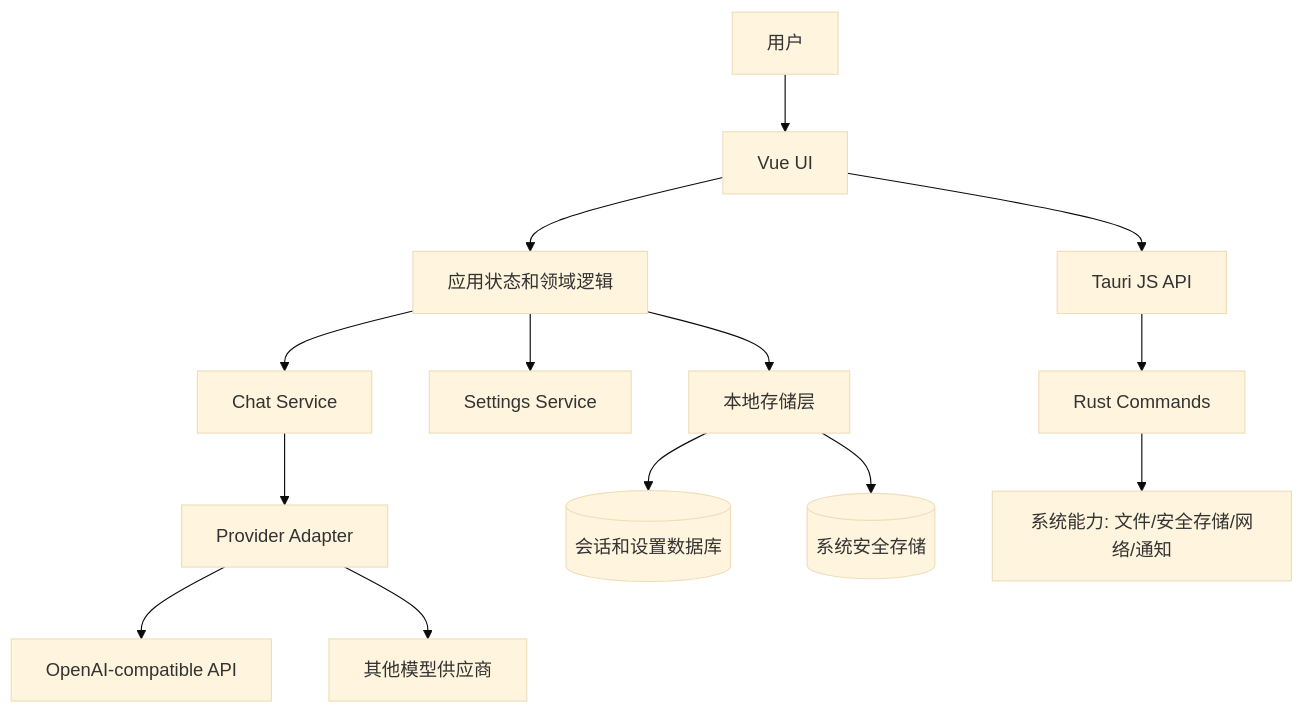
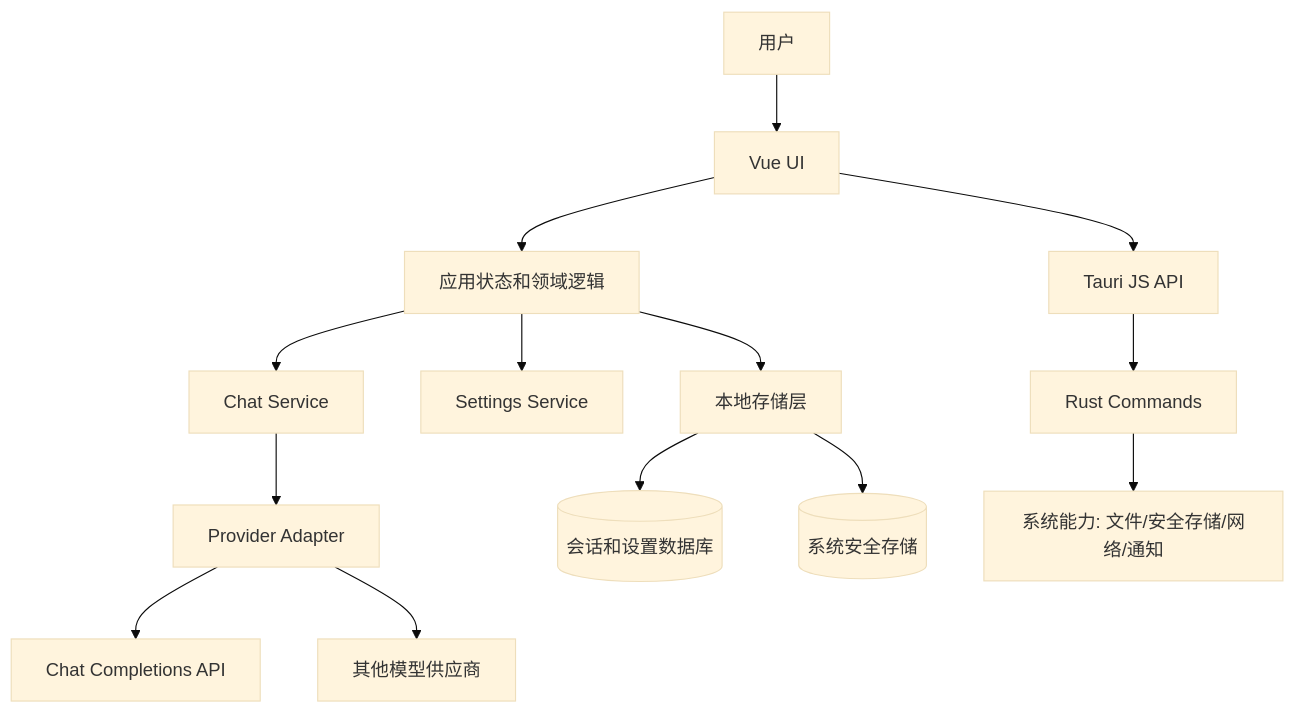
Before and after one commit to glosc-ai/Glosc-Chat: the first of 3 diagrams in docs/design-documentation.md, drawn with Mermaid (base theme). The commit also changed other lines of this file and 11 other files, not shown here.

````diff
--- a/docs/design-documentation.md
+++ b/docs/design-documentation.md
@@ -33,16 +33,16 @@
 ```mermaid
 flowchart TD
   User[用户] --> UI[Vue UI]
   UI --> State[应用状态和领域逻辑]
   State --> ChatService[Chat Service]
   State --> SettingsService[Settings Service]
   ChatService --> Provider[Provider Adapter]
-  Provider --> OpenAI[OpenAI-compatible API]
+  Provider --> CompatibleAPI[Chat Completions API]
   Provider --> Other[其他模型供应商]
   State --> Storage[本地存储层]
   Storage --> DB[(会话和设置数据库)]
   Storage --> SecretStore[(系统安全存储)]
   UI --> TauriAPI[Tauri JS API]
   TauriAPI --> Rust[Rust Commands]
   Rust --> Native[系统能力: 文件/安全存储/网络/通知]
 ```
````
